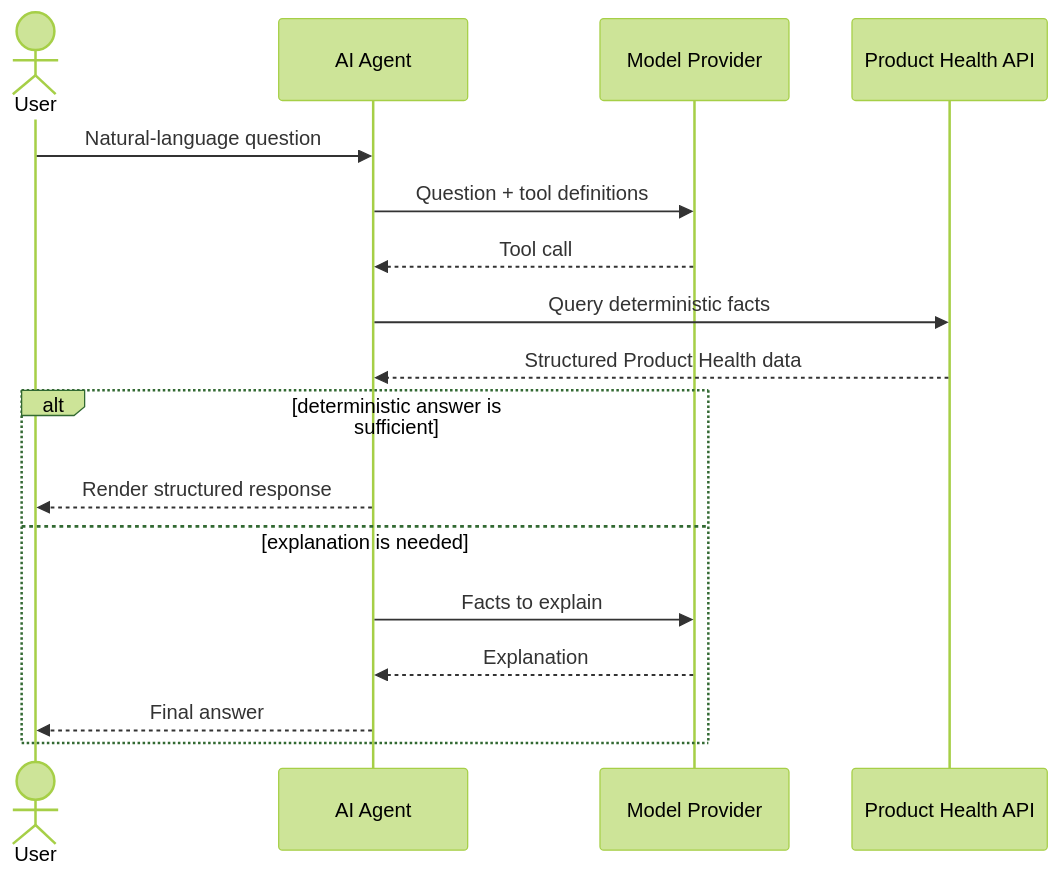
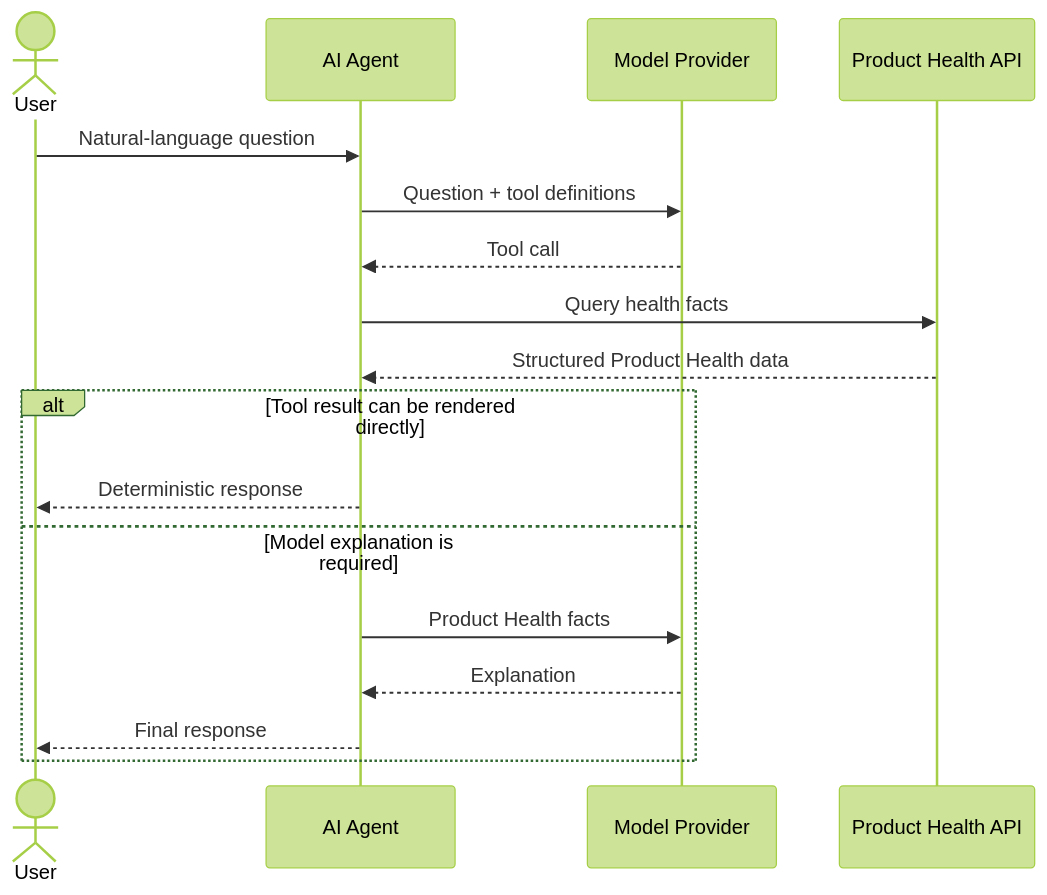
One commit to aleksei-sapozhnikov/aggregator changed the third of 3 diagrams in README.md. Above: the diagram before and after it, drawn with Mermaid (forest theme). The commit also changed other lines of this file, not shown here.

Commit message:
Clarify AI-assisted investigation flow

````diff
--- a/README.md
+++ b/README.md
@@ -114,21 +115,21 @@
 ```mermaid
 sequenceDiagram
   actor User
   participant Agent as AI Agent
   participant Model as Model Provider
   participant Health as Product Health API
 
   User->>Agent: Natural-language question
   Agent->>Model: Question + tool definitions
   Model-->>Agent: Tool call
-  Agent->>Health: Query deterministic facts
+  Agent->>Health: Query health facts
   Health-->>Agent: Structured Product Health data
 
-  alt deterministic answer is sufficient
-    Agent-->>User: Render structured response
-  else explanation is needed
-    Agent->>Model: Facts to explain
+  alt Tool result can be rendered directly
+    Agent-->>User: Deterministic response
+  else Model explanation is required
+    Agent->>Model: Product Health facts
     Model-->>Agent: Explanation
-    Agent-->>User: Final answer
+    Agent-->>User: Final response
   end
 ```
````
